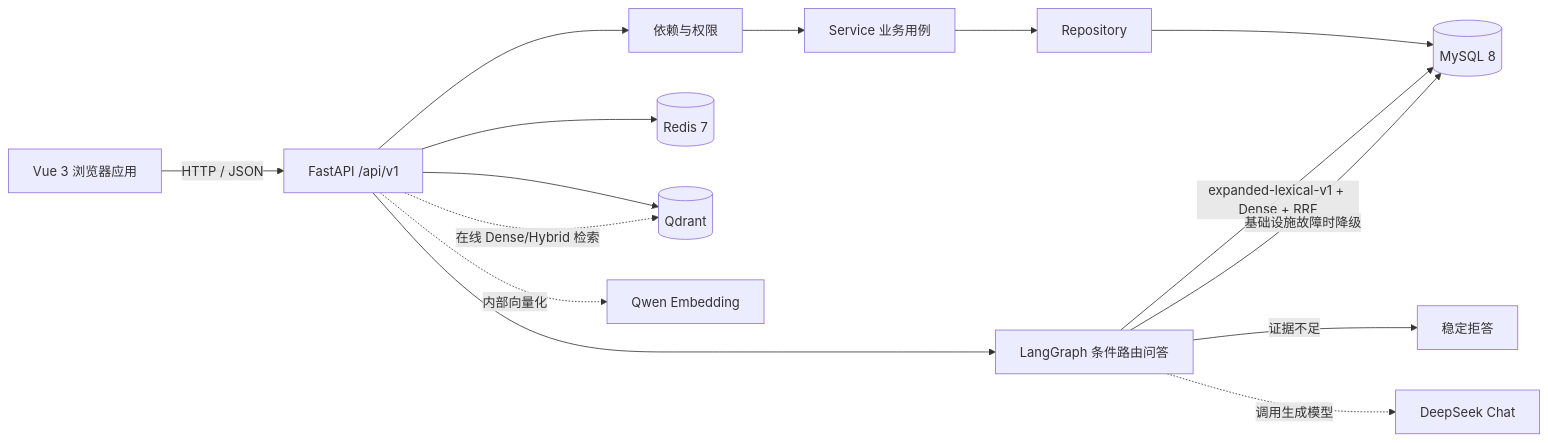
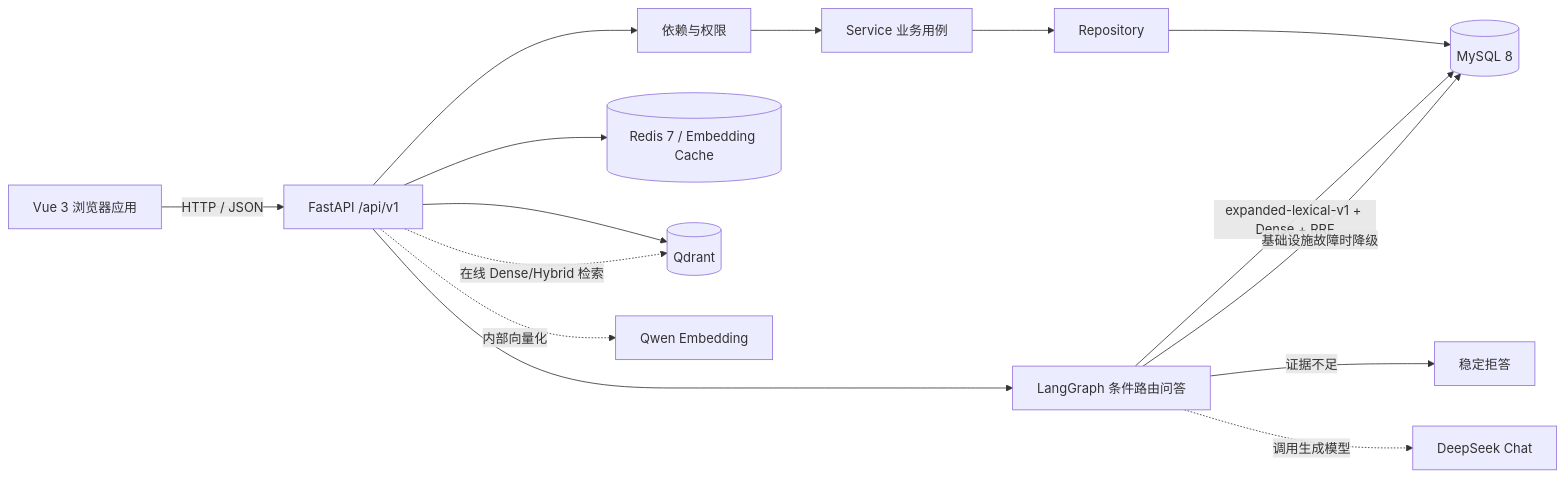
One commit to zjy-yuan/poem-rag changed the first of 2 diagrams in docs/PROJECT_GUIDE.md. Above: the diagram before and after it, drawn with Mermaid. The commit also changed other lines of this file and 10 other files, not shown here.

````diff
--- a/docs/PROJECT_GUIDE.md
+++ b/docs/PROJECT_GUIDE.md
@@ -47,17 +47,17 @@
 ```mermaid
 flowchart LR
     B[Vue 3 浏览器应用] -->|HTTP / JSON| A[FastAPI /api/v1]
     A --> D[依赖与权限]
     D --> S[Service 业务用例]
     S --> R[Repository]
     R --> M[(MySQL 8)]
-    A --> C[(Redis 7)]
+    A --> C[(Redis 7 / Embedding Cache)]
     A --> Q[(Qdrant)]
     A --> G[LangGraph 条件路由问答]
     G -->|expanded-lexical-v1 + Dense + RRF| M
     G -->|基础设施故障时降级| M
     G -->|证据不足| X[稳定拒答]
     G -. 调用生成模型 .-> P[DeepSeek Chat]
     A -. 在线 Dense/Hybrid 检索 .-> Q
     A -. 内部向量化 .-> E[Qwen Embedding]
 ```
````
